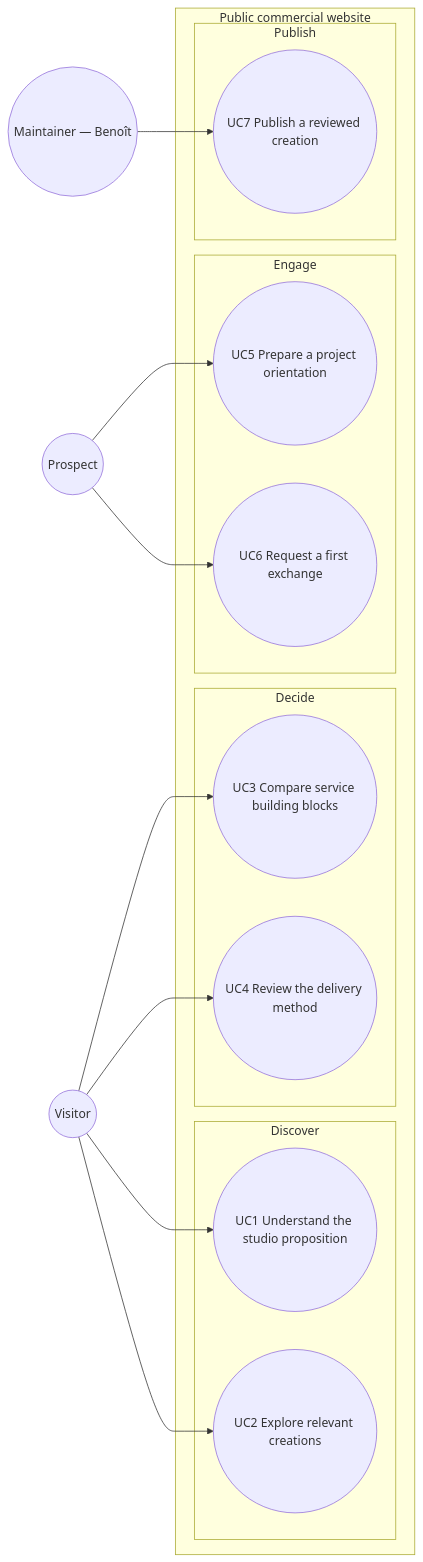
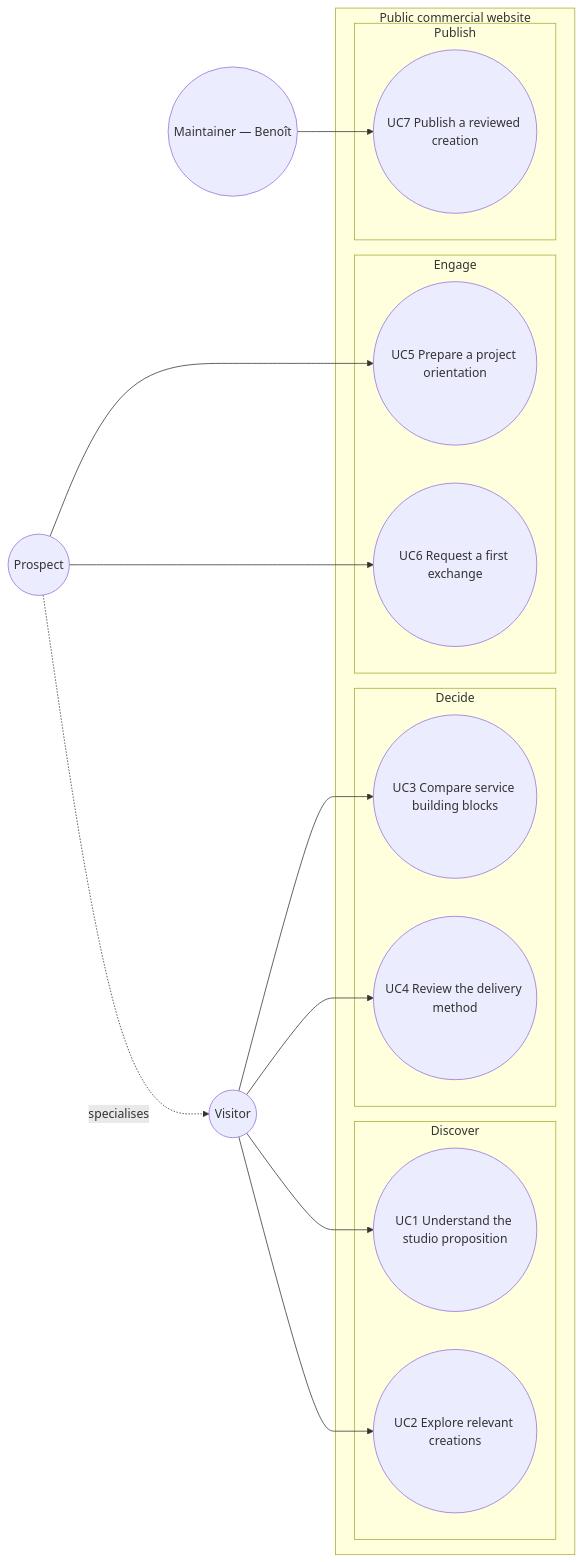
The diagram in docs/architecture/diagrams/public-website/01-use-case.md (StudioB22/website), drawn with Mermaid before and after one commit. The commit also changed other lines of this file and 16 other files, not shown here.

Commit message:
docs(architecture): resolve conception review findings

````diff
--- a/docs/architecture/diagrams/public-website/01-use-case.md
+++ b/docs/architecture/diagrams/public-website/01-use-case.md
@@ -16,32 +16,33 @@
 ```mermaid
 flowchart LR
   Visitor(("Visitor"))
   Prospect(("Prospect"))
   Maintainer(("Maintainer — Benoît"))
 
   subgraph SYSTEM ["Public commercial website"]
     subgraph Discover ["Discover"]
       UC1(("UC1 Understand the studio proposition"))
       UC2(("UC2 Explore relevant creations"))
     end
     subgraph Decide ["Decide"]
       UC3(("UC3 Compare service building blocks"))
       UC4(("UC4 Review the delivery method"))
     end
     subgraph Engage ["Engage"]
       UC5(("UC5 Prepare a project orientation"))
       UC6(("UC6 Request a first exchange"))
     end
     subgraph Publish ["Publish"]
       UC7(("UC7 Publish a reviewed creation"))
     end
   end
 
   Visitor --> UC1
   Visitor --> UC2
   Visitor --> UC3
   Visitor --> UC4
   Prospect --> UC5
   Prospect --> UC6
+  Prospect -.->|"specialises"| Visitor
   Maintainer --> UC7
 ```
````
